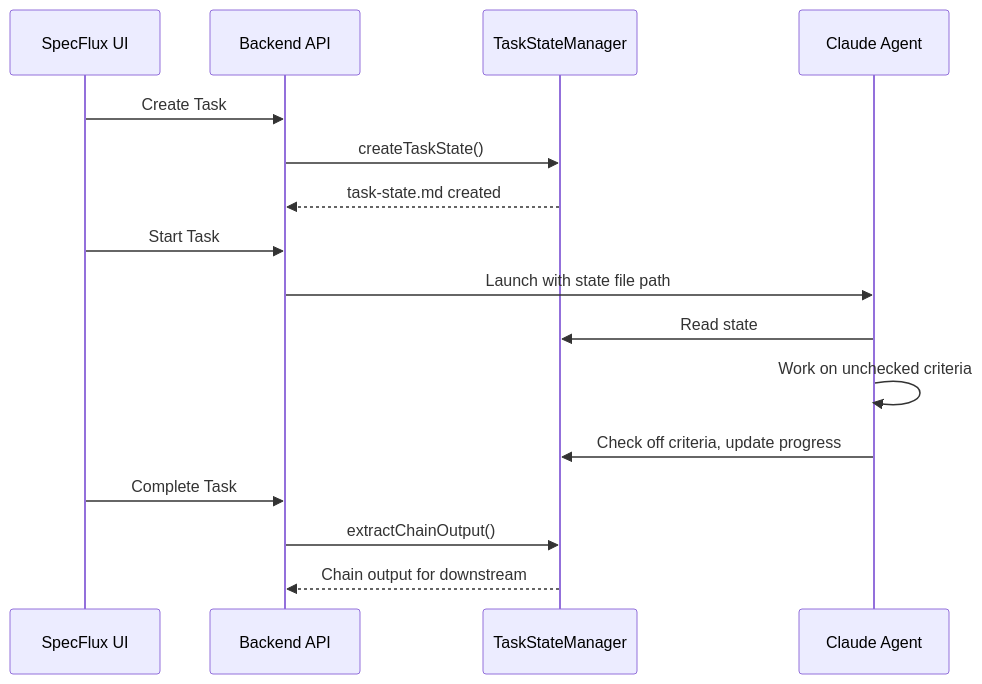
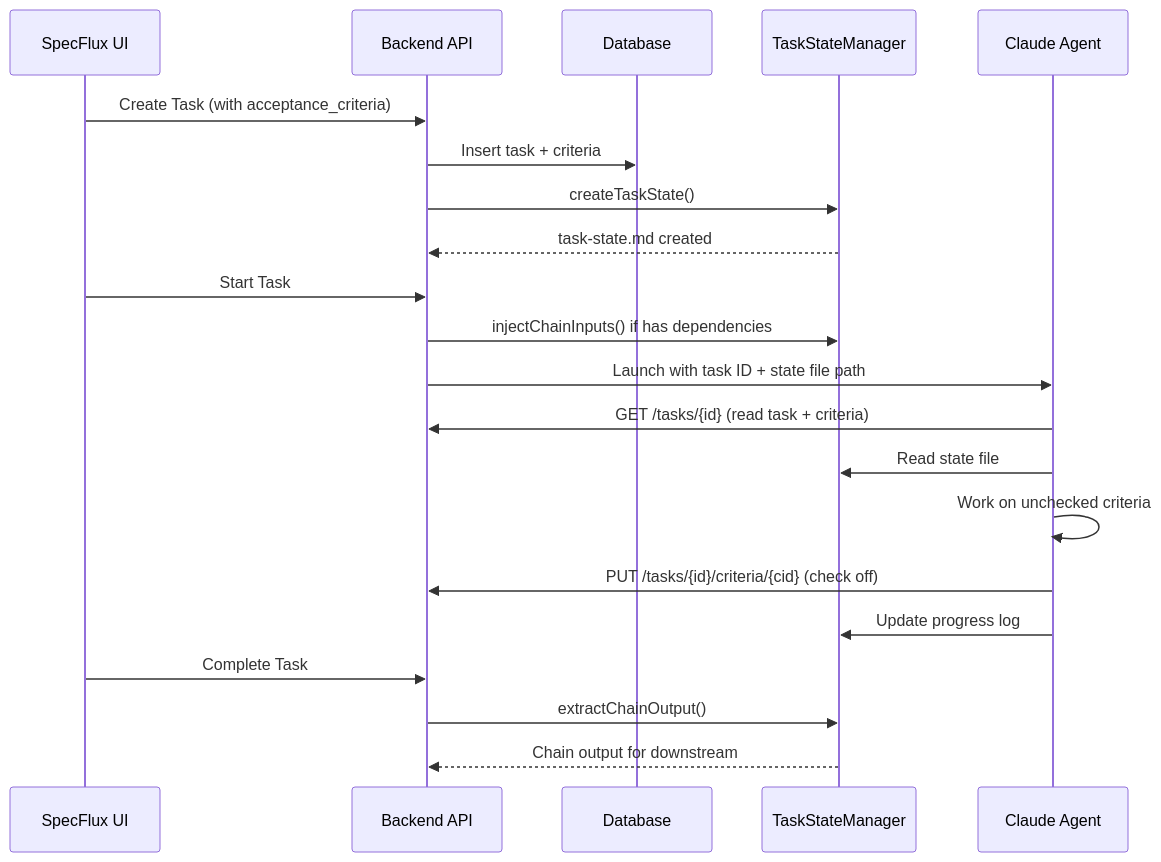
The third of 3 diagrams in docs/research/unified-task-state-design.md (cliangdev/specflux), drawn with Mermaid before and after one commit. The commit also changed other lines of this file, not shown here.

First line of the commit message:
docs: separate task definition from runtime state

````diff
--- a/docs/research/unified-task-state-design.md
+++ b/docs/research/unified-task-state-design.md
@@ -589,21 +637,26 @@
 ```mermaid
 sequenceDiagram
     participant UI as SpecFlux UI
     participant API as Backend API
+    participant DB as Database
     participant TSM as TaskStateManager
     participant Agent as Claude Agent
 
-    UI->>API: Create Task
+    UI->>API: Create Task (with acceptance_criteria)
+    API->>DB: Insert task + criteria
     API->>TSM: createTaskState()
     TSM-->>API: task-state.md created
 
     UI->>API: Start Task
-    API->>Agent: Launch with state file path
-    Agent->>TSM: Read state
+    API->>TSM: injectChainInputs() if has dependencies
+    API->>Agent: Launch with task ID + state file path
+    Agent->>API: GET /tasks/{id} (read task + criteria)
+    Agent->>TSM: Read state file
     Agent->>Agent: Work on unchecked criteria
-    Agent->>TSM: Check off criteria, update progress
+    Agent->>API: PUT /tasks/{id}/criteria/{cid} (check off)
+    Agent->>TSM: Update progress log
 
     UI->>API: Complete Task
     API->>TSM: extractChainOutput()
     TSM-->>API: Chain output for downstream
 ```
````
